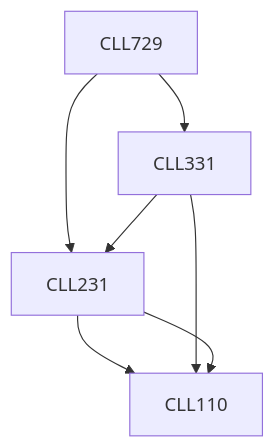
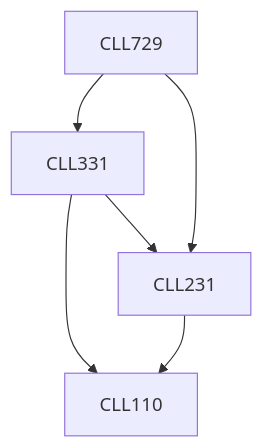
Before and after one commit to KeshavBansal0122/CoS_Website: the diagram in content/Chemical Engineering/CLL729.md, drawn with Mermaid. The commit also changed other lines of this file and 2667 other files, not shown here.

````diff
--- a/content/Chemical Engineering/CLL729.md
+++ b/content/Chemical Engineering/CLL729.md
@@ -15,9 +13,12 @@
 ```mermaid
-graph TD
-CLL729 --> CLL231
-CLL231 --> CLL110
-CLL729 --> CLL331
-CLL331 --> CLL110
-CLL331 --> CLL231
-CLL231 --> CLL110
+flowchart TD
+CLL729-133[CLL729]
+CLL729-133 --> CLL331-133[CLL331]
+CLL729-133 --> CLL231-133[CLL231]
+CLL331-133 --> CLL110-133[CLL110]
+CLL331-133 --> CLL231-133[CLL231]
+CLL231-133 --> CLL110-133[CLL110]
+
+classDef empty height:17px, fill:transparent, stroke:transparent;
+classDef trueEmpty height:0px, width:0px;
 ```
````
